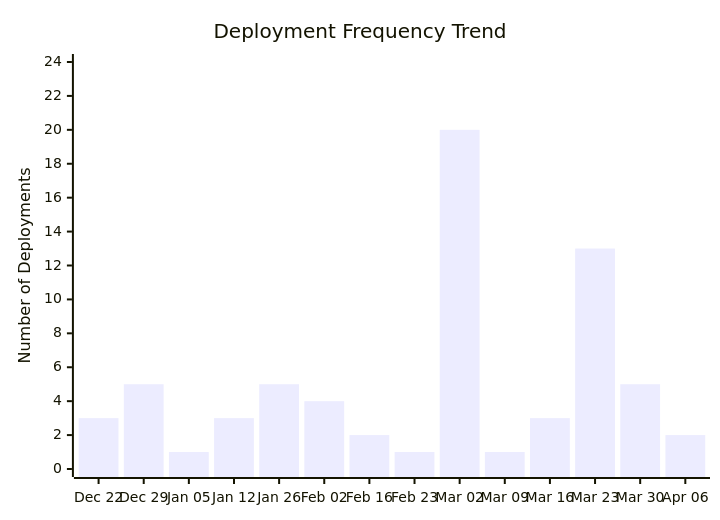
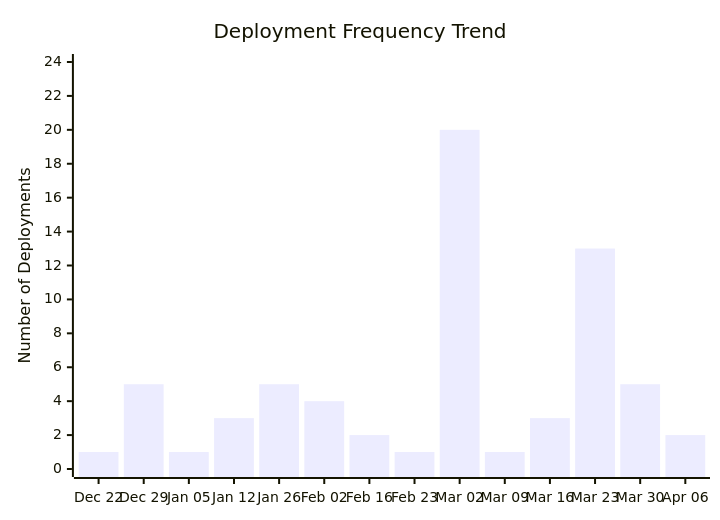
One commit to ukma-cs-ssdm-2025/rate-ukma changed the third of 4 diagrams in docs/ci-cd/dora-summary.md. Above: the diagram before and after it, drawn with Mermaid. The commit also changed other lines of this file, not shown here.

````diff
--- a/docs/ci-cd/dora-summary.md
+++ b/docs/ci-cd/dora-summary.md
@@ -57,7 +56,7 @@
 ```mermaid
 xychart-beta
     title "Deployment Frequency Trend"
     x-axis ["Dec 22", "Dec 29", "Jan 05", "Jan 12", "Jan 26", "Feb 02", "Feb 16", "Feb 23", "Mar 02", "Mar 09", "Mar 16", "Mar 23", "Mar 30", "Apr 06"]
     y-axis "Number of Deployments" 0 --> 24
-    bar [3.00, 5.00, 1.00, 3.00, 5.00, 4.00, 2.00, 1.00, 20.00, 1.00, 3.00, 13.00, 5.00, 2.00]
+    bar [1.00, 5.00, 1.00, 3.00, 5.00, 4.00, 2.00, 1.00, 20.00, 1.00, 3.00, 13.00, 5.00, 2.00]
 ```
````
